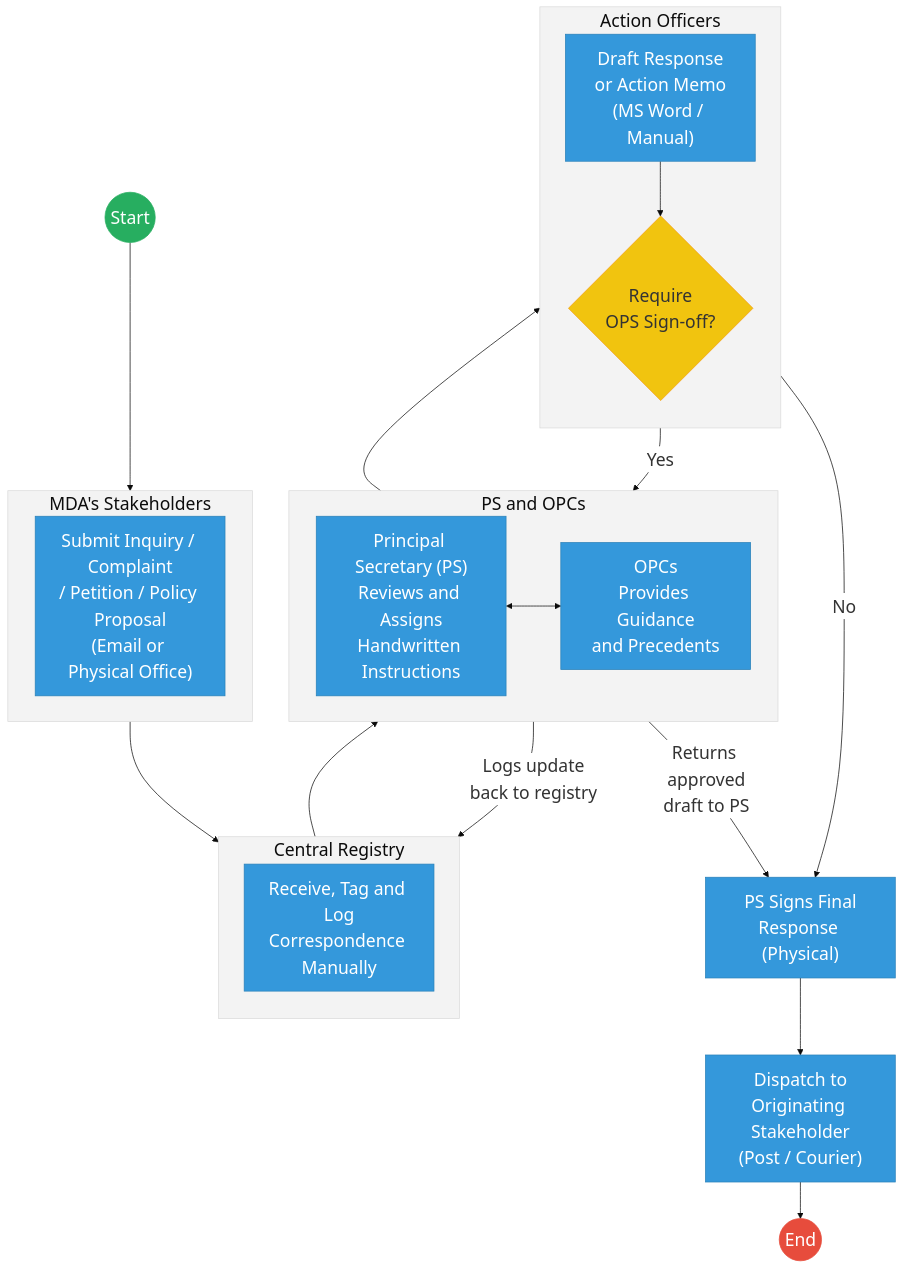
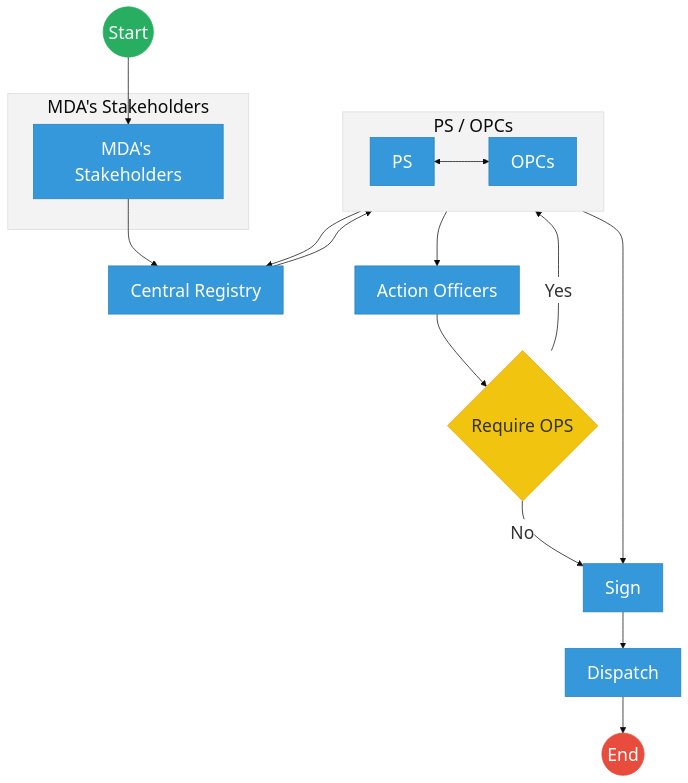
Before and after one commit to BITZ-IT-Consulting-LTD/ictapoc: the first of 2 diagrams in mdas/docs_final/priority_mdas/STATE_DEPARTMENT_FOR_PARLIAMENTARY_AFFAIRS___Service_Delivery.md, drawn with Mermaid.

````diff
--- a/mdas/docs_final/priority_mdas/STATE_DEPARTMENT_FOR_PARLIAMENTARY_AFFAIRS___Service_Delivery.md
+++ b/mdas/docs_final/priority_mdas/STATE_DEPARTMENT_FOR_PARLIAMENTARY_AFFAIRS___Service_Delivery.md
@@ -27,56 +27,50 @@
 ```mermaid
 %%{init: { 'theme': 'base', 'themeVariables': { 'fontSize': '24px', 'fontFamily': 'Inter, system-ui, sans-serif', 'primaryColor': '#ffffff', 'edgeLabelBackground':'#ffffff', 'tertiaryColor': '#f3f3f3', 'mainBkg': '#ffffff', 'nodeBorder': '#333333' } } }%%
 flowchart TD
     Start((Start))
     EndProcess(("End"))
  
     subgraph Stakeholders ["MDA's Stakeholders"]
-        direction LR
-        Submit["Submit Inquiry / Complaint\n/ Petition / Policy Proposal\n(Email or Physical Office)"]
+        Submit["MDA's Stakeholders"]
     end
  
-    subgraph Registry ["Central Registry"]
-        direction TB
-        LogApp["Receive, Tag and Log\nCorrespondence Manually"]
-    end
+    CentralRegistry["Central Registry"]
  
-    subgraph PSLayer ["PS and OPCs"]
+    subgraph PSLayer ["PS / OPCs"]
         direction LR
-        PS["Principal Secretary (PS)\nReviews and Assigns\nHandwritten Instructions"]
-        OPCs["OPCs\nProvides Guidance\nand Precedents"]
+        PS["PS"]
+        OPCs["OPCs"]
         PS <--> OPCs
     end
  
-    subgraph Officers ["Action Officers"]
-        direction TB
-        PrepareResponse["Draft Response\nor Action Memo\n(MS Word / Manual)"]
-        RequireOPS{"Require\nOPS Sign-off?"}
-    end
+    ActionOfficers["Action Officers"]
  
-    Sign["PS Signs Final\nResponse (Physical)"]
-    Dispatch["Dispatch to\nOriginating Stakeholder\n(Post / Courier)"]
+    RequireOPS{"Require OPS"}
+ 
+    Sign["Sign"]
+    Dispatch["Dispatch"]
  
     Start --> Submit
-    Submit --> LogApp
-    LogApp --> PS
-    PS --> PrepareResponse
-    PrepareResponse --> RequireOPS
+    Submit --> CentralRegistry
+    OPCs --> CentralRegistry
+    CentralRegistry --> PS
+    PS --> ActionOfficers
+    ActionOfficers --> RequireOPS
  
     RequireOPS -- "No" --> Sign
     RequireOPS -- "Yes" --> OPCs
-    OPCs -- "Returns approved\ndraft to PS" --> Sign
-    OPCs -- "Logs update\nback to registry" --> LogApp
+    OPCs --> Sign
  
     Sign --> Dispatch
     Dispatch --> EndProcess
  
     classDef startEvent fill:#27ae60,stroke:#27ae60,color:#fff,font-size:24px;
     classDef endEvent fill:#e74c3c,stroke:#e74c3c,color:#fff,font-size:24px;
     classDef userTask fill:#3498db,stroke:#2980b9,color:#fff,font-size:24px;
     classDef gateway fill:#f1c40f,stroke:#f39c12,color:#333,font-size:24px;
  
     class Start startEvent;
     class EndProcess endEvent;
     class RequireOPS gateway;
-    class Submit,LogApp,PS,OPCs,PrepareResponse,Sign,Dispatch userTask;
+    class Submit,CentralRegistry,PS,OPCs,ActionOfficers,Sign,Dispatch userTask;
 ```
````
